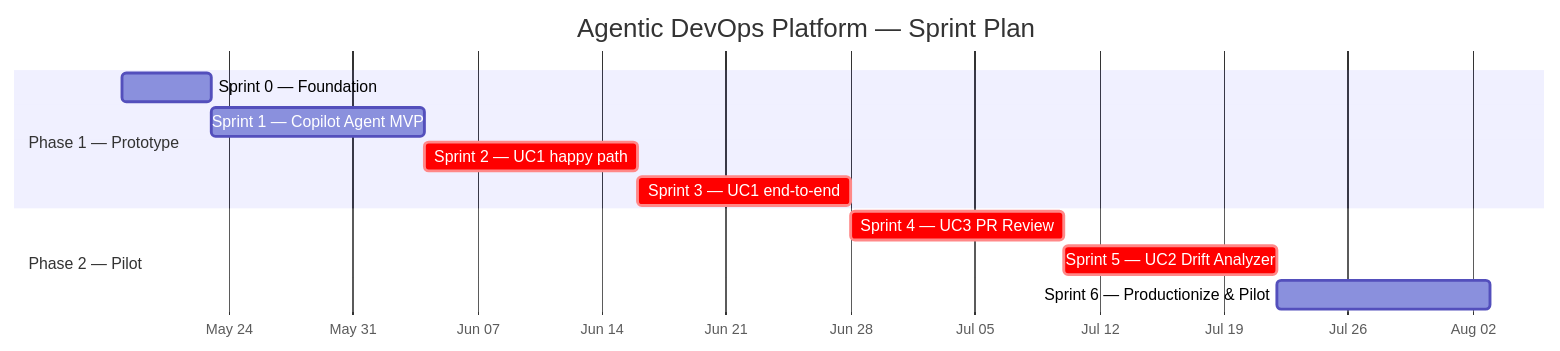
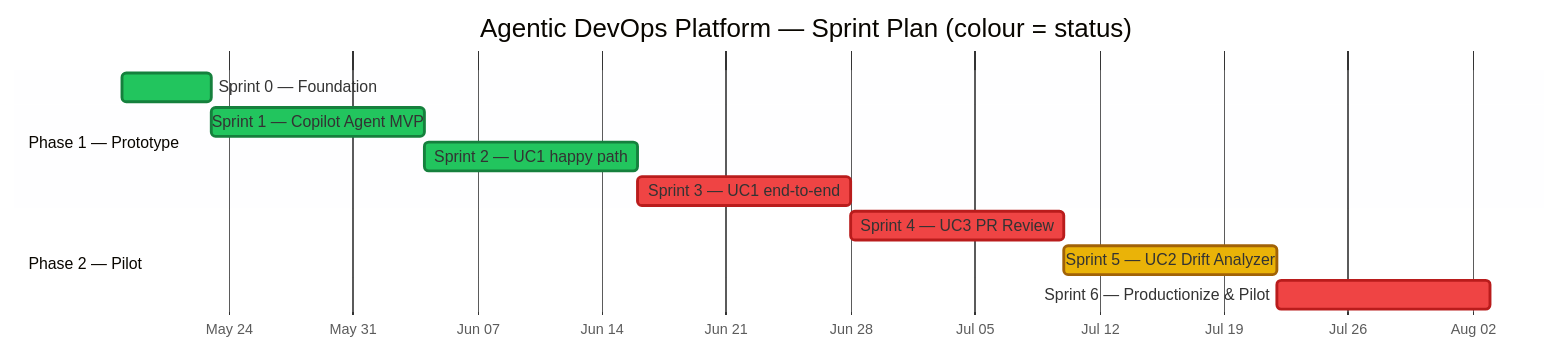
One commit to urruegg/AgenticDevOpsPlatform changed the first of 3 diagrams in sprints/SPRINT_PLAN.md. Above: the diagram before and after it, drawn with Mermaid. The commit also changed other lines of this file, not shown here.

Commit message:
docs(sprint-plan): encode sprint status as colours in section 3 Gantt
Per request: GREEN = finished, YELLOW = in progress, RED = open.

- Add a Mermaid theme init that recolours done -> green, active ->
  yellow, crit -> red (crit is repurposed to mean "open" so we don't
  need to override the default task colour).
- Add a colour legend above the chart with the three states.
- Apply sprint status as of 2026-05-18:
  - S0 Foundation             -> done   (green)
  - S1 Copilot Agent MVP      -> done   (green)
  - S2 UC1 happy path         -> done   (green)
  - S3 UC1 end-to-end         -> crit   (red, open)
  - S4 UC3 PR Review          -> crit   (red, open)
  - S5 UC2 Drift Analyzer     -> active (yellow, MVP shipped 5a79675;
    workflow + registry + runbook + WorkIQ deferred)
  - S6 Productionize & Pilot  -> crit   (red, open)
- Critical-path information is unchanged and remains in section 4 prose.
- Bump 2.0.1 -> 2.1.0 (MINOR, additive: adds status encoding).

````diff
--- a/sprints/SPRINT_PLAN.md
+++ b/sprints/SPRINT_PLAN.md
@@ -84,15 +91,16 @@
 ```mermaid
+%%{init: {'theme':'base','themeVariables':{'doneTaskBkgColor':'#22c55e','doneTaskBorderColor':'#15803d','activeTaskBkgColor':'#eab308','activeTaskBorderColor':'#a16207','critBkgColor':'#ef4444','critBorderColor':'#b91c1c'}}}%%
 gantt
-    title Agentic DevOps Platform — Sprint Plan
+    title Agentic DevOps Platform — Sprint Plan (colour = status)
     dateFormat YYYY-MM-DD
     axisFormat %b %d
     section Phase 1 — Prototype
-    Sprint 0 — Foundation           :s0, 2026-05-18, 5d
-    Sprint 1 — Copilot Agent MVP    :s1, after s0, 12d
-    Sprint 2 — UC1 happy path       :crit, s2, after s1, 12d
-    Sprint 3 — UC1 end-to-end       :crit, s3, after s2, 12d
+    Sprint 0 — Foundation           :done,   s0, 2026-05-18, 5d
+    Sprint 1 — Copilot Agent MVP    :done,   s1, after s0, 12d
+    Sprint 2 — UC1 happy path       :done,   s2, after s1, 12d
+    Sprint 3 — UC1 end-to-end       :crit,   s3, after s2, 12d
     section Phase 2 — Pilot
-    Sprint 4 — UC3 PR Review        :crit, s4, after s3, 12d
-    Sprint 5 — UC2 Drift Analyzer   :crit, s5, after s4, 12d
-    Sprint 6 — Productionize & Pilot:s6, after s5, 12d
+    Sprint 4 — UC3 PR Review        :crit,   s4, after s3, 12d
+    Sprint 5 — UC2 Drift Analyzer   :active, s5, after s4, 12d
+    Sprint 6 — Productionize & Pilot:crit,   s6, after s5, 12d
 ```
````
